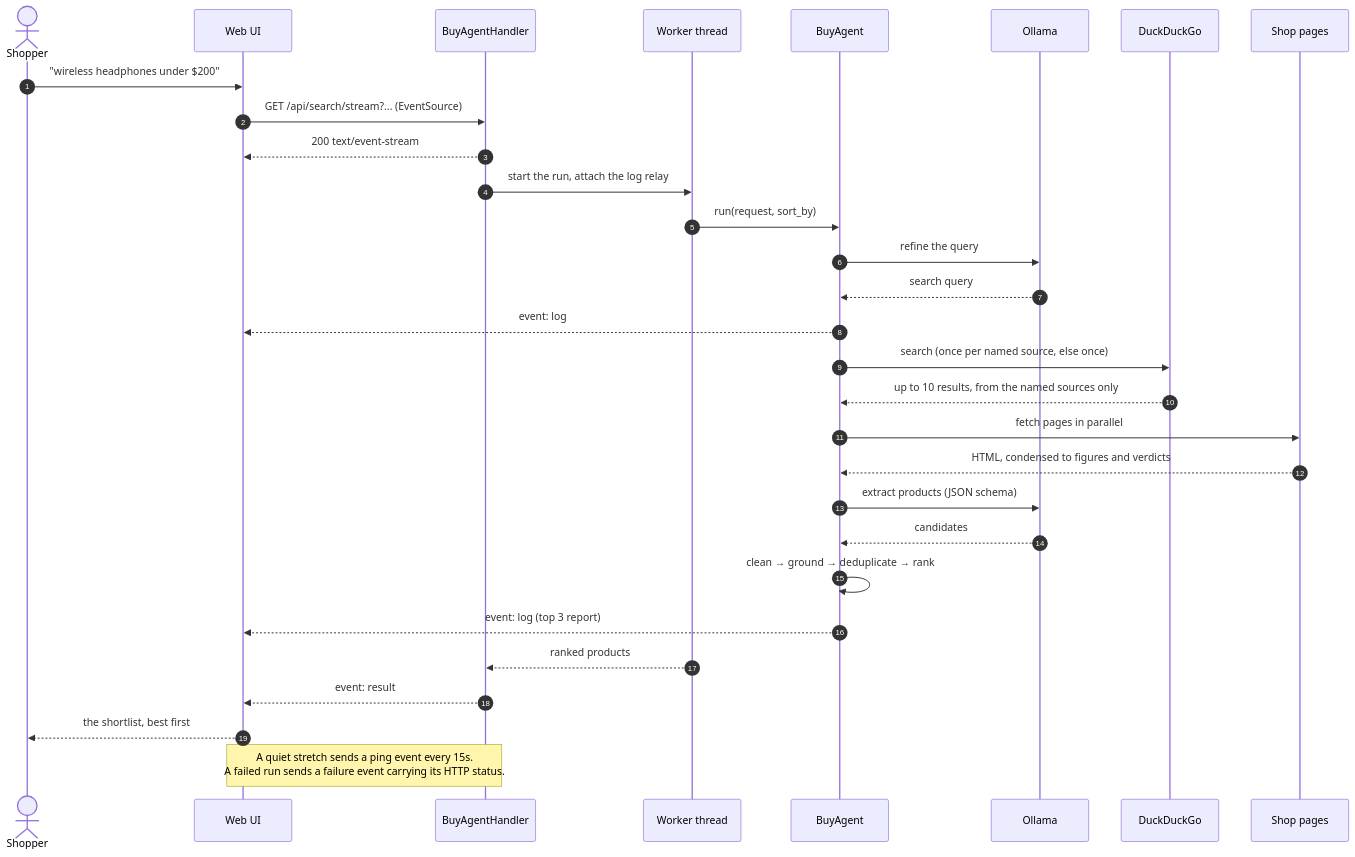
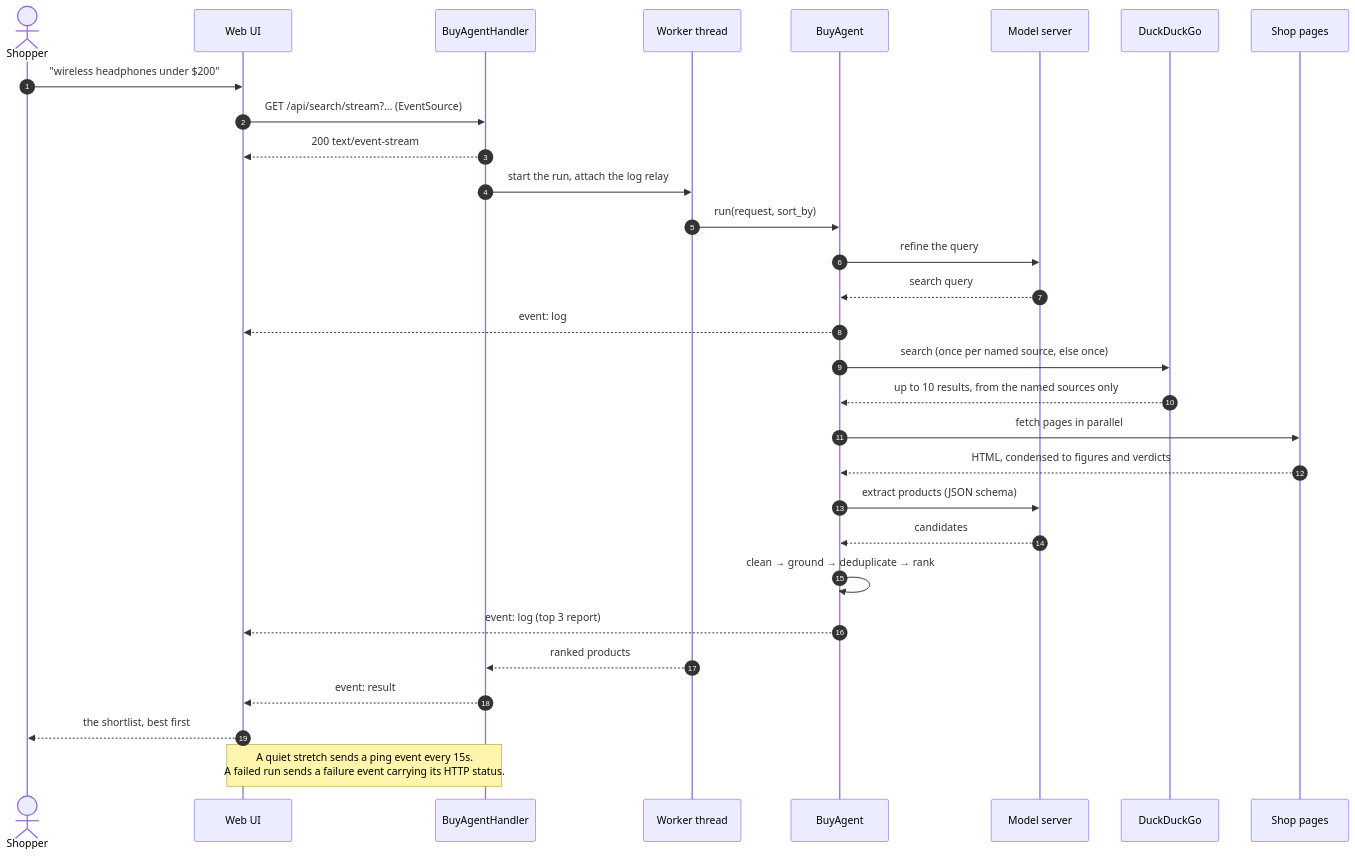
Before and after one commit to adamw7/buy_agent: the fifth of 5 diagrams in docs/architecture.md, drawn with Mermaid. The commit also changed other lines of this file and 40 other files, not shown here.

````diff
--- a/docs/architecture.md
+++ b/docs/architecture.md
@@ -265,33 +274,33 @@
 ```mermaid
 sequenceDiagram
     autonumber
     actor S as Shopper
     participant UI as Web UI
     participant H as BuyAgentHandler
     participant W as Worker thread
     participant A as BuyAgent
-    participant O as Ollama
+    participant O as Model server
     participant D as DuckDuckGo
     participant P as Shop pages
 
     S->>UI: "wireless headphones under $200"
     UI->>H: GET /api/search/stream?... (EventSource)
     H-->>UI: 200 text/event-stream
     H->>W: start the run, attach the log relay
     W->>A: run(request, sort_by)
     A->>O: refine the query
     O-->>A: search query
     A-->>UI: event: log
     A->>D: search (once per named source, else once)
     D-->>A: up to 10 results, from the named sources only
     A->>P: fetch pages in parallel
     P-->>A: HTML, condensed to figures and verdicts
     A->>O: extract products (JSON schema)
     O-->>A: candidates
     A->>A: clean → ground → deduplicate → rank
     A-->>UI: event: log (top 3 report)
     W-->>H: ranked products
     H-->>UI: event: result
     UI-->>S: the shortlist, best first
     Note over H,UI: A quiet stretch sends a ping event every 15s.<br/>A failed run sends a failure event carrying its HTTP status.
 ```
````
